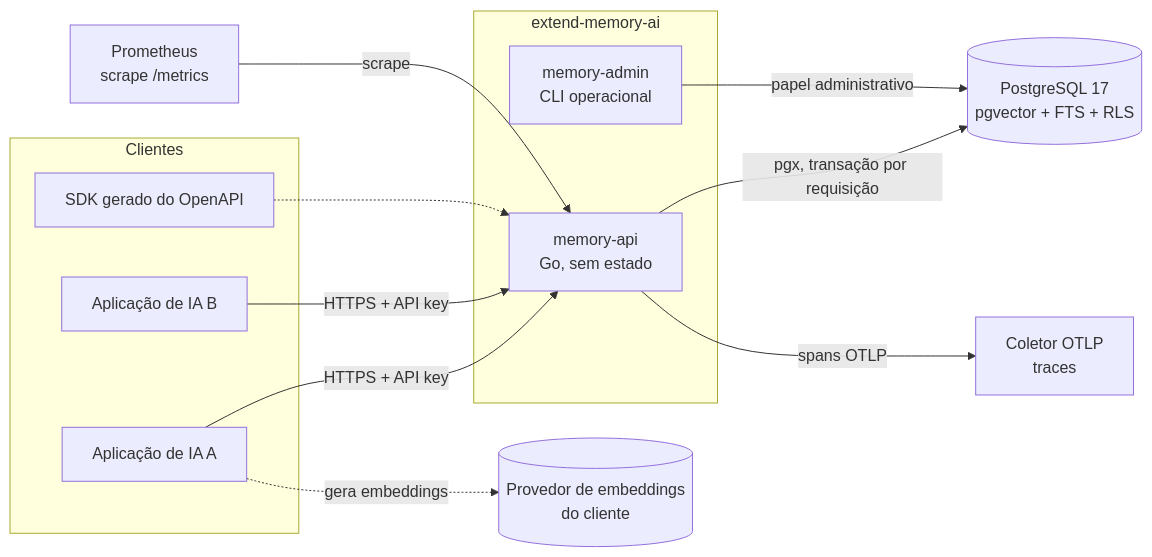
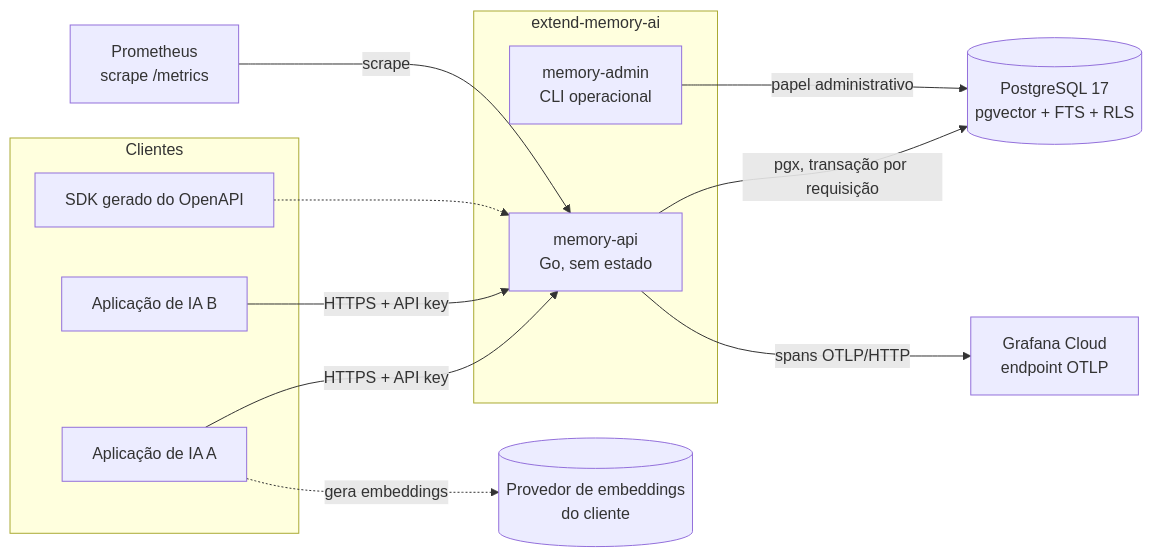
Before and after one commit to Tomelin/extend-memory-ai: the first of 6 diagrams in docs/arquitetura-api.md, drawn with Mermaid. The commit also changed other lines of this file and 12 other files, not shown here.

Commit message:
chore: change jaeger to grafana cloud

````diff
--- a/docs/arquitetura-api.md
+++ b/docs/arquitetura-api.md
@@ -37,27 +37,27 @@
 ```mermaid
 flowchart LR
     subgraph Clientes
         A1[Aplicação de IA A]
         A2[Aplicação de IA B]
         SDK[SDK gerado do OpenAPI]
     end
 
     subgraph extend-memory-ai
         API[memory-api<br/>Go, sem estado]
         ADM[memory-admin<br/>CLI operacional]
     end
 
     EMB[(Provedor de embeddings<br/>do cliente)]
     PG[(PostgreSQL 17<br/>pgvector + FTS + RLS)]
     PROM[Prometheus<br/>scrape /metrics]
-    OTLP[Coletor OTLP<br/>traces]
+    OTLP[Grafana Cloud<br/>endpoint OTLP]
 
     A1 -- HTTPS + API key --> API
     A2 -- HTTPS + API key --> API
     SDK -.-> API
     A1 -. gera embeddings .-> EMB
     API -- pgx, transação por requisição --> PG
     ADM -- papel administrativo --> PG
     PROM -- scrape --> API
-    API -- spans OTLP --> OTLP
+    API -- spans OTLP/HTTP --> OTLP
 ```
````
